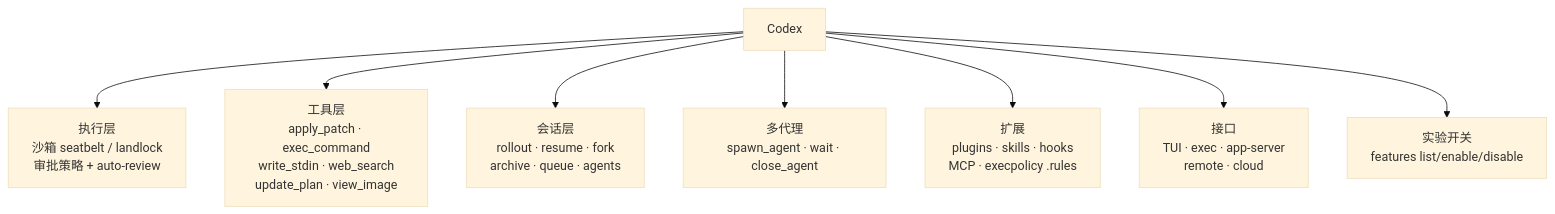
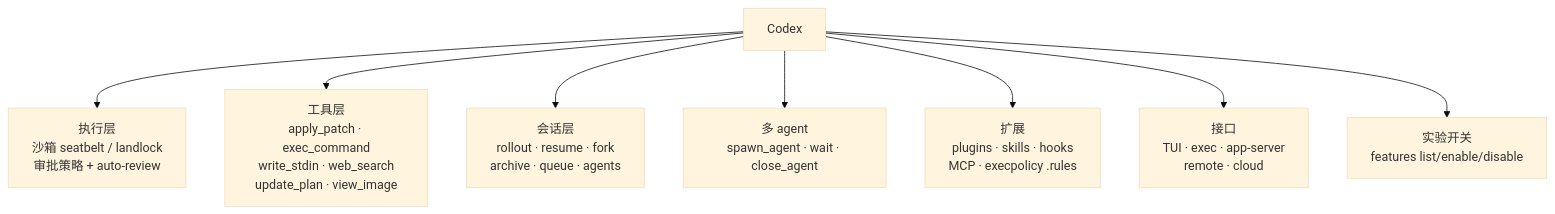
One commit to fxjs/ai-coding-agents-book changed the first of 2 diagrams in book/15-codex.md. Above: the diagram before and after it, drawn with Mermaid (base theme). The commit also changed other lines of this file and 29 other files, not shown here.

````diff
--- a/book/15-codex.md
+++ b/book/15-codex.md
@@ -10,10 +10,10 @@
 ```mermaid
 flowchart TB
   A[Codex] --> B[执行层<br/>沙箱 seatbelt / landlock<br/>审批策略 + auto-review]
   A --> C[工具层<br/>apply_patch · exec_command<br/>write_stdin · web_search<br/>update_plan · view_image]
   A --> D[会话层<br/>rollout · resume · fork<br/>archive · queue · agents]
-  A --> E[多代理<br/>spawn_agent · wait · close_agent]
+  A --> E[多 agent<br/>spawn_agent · wait · close_agent]
   A --> F[扩展<br/>plugins · skills · hooks<br/>MCP · execpolicy .rules]
   A --> G[接口<br/>TUI · exec · app-server<br/>remote · cloud]
   A --> H[实验开关<br/>features list/enable/disable]
 ```
````
